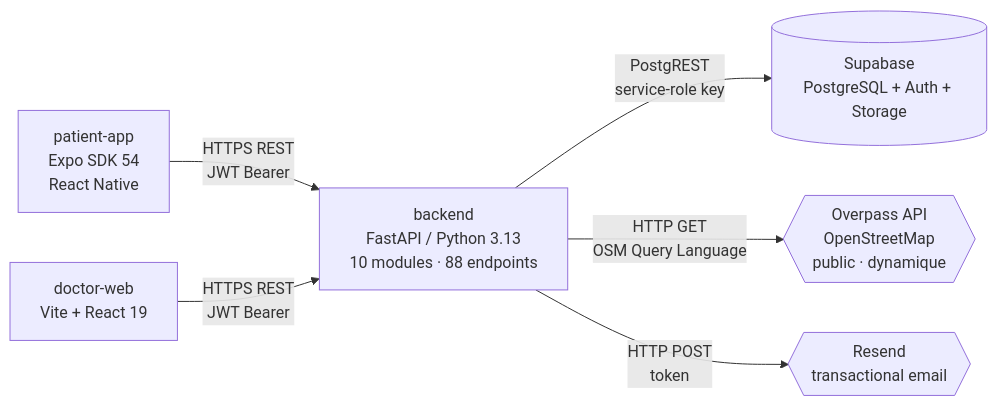
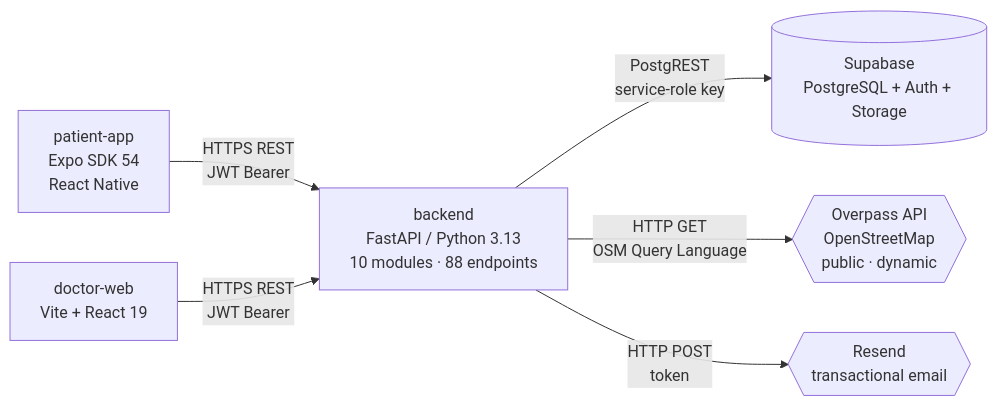
Before and after one commit to Lip1200/yalla: the diagram in README.md, drawn with Mermaid. The commit also changed other lines of this file, not shown here.

````diff
--- a/README.md
+++ b/README.md
@@ -76,8 +76,8 @@
 ```mermaid
 flowchart LR
     PA[patient-app<br/>Expo SDK 54<br/>React Native] -->|HTTPS REST<br/>JWT Bearer| API
     DW[doctor-web<br/>Vite + React 19] -->|HTTPS REST<br/>JWT Bearer| API
     API[backend<br/>FastAPI / Python 3.13<br/>10 modules · 88 endpoints] -->|PostgREST<br/>service-role key| SB[(Supabase<br/>PostgreSQL + Auth + Storage)]
-    API -->|HTTP GET<br/>OSM Query Language| OV{{Overpass API<br/>OpenStreetMap<br/>public · dynamique}}
+    API -->|HTTP GET<br/>OSM Query Language| OV{{Overpass API<br/>OpenStreetMap<br/>public · dynamic}}
     API -->|HTTP POST<br/>token| RES{{Resend<br/>transactional email}}
 ```
````
